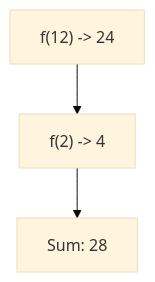
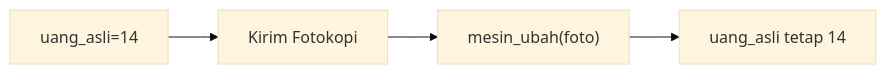
One commit to amnahwaida/OSNK_INF_PREP changed the fourth of 25 diagrams in part-c-pemahaman-cpp/04-fungsi/latihan/set-08.md. Above: the diagram before and after it, drawn with Mermaid (base theme). The commit also changed other lines of this file and 71 other files, not shown here.

````diff
--- a/part-c-pemahaman-cpp/04-fungsi/latihan/set-08.md
+++ b/part-c-pemahaman-cpp/04-fungsi/latihan/set-08.md
@@ -101,5 +105,6 @@
 ```mermaid
-graph TD
-A["f(12) -> 24"] --> B["f(2) -> 4"]
-B --> C["Sum: 28"]
+graph LR
+A["uang_asli=14"] --> B["Kirim Fotokopi"]
+B --> C["mesin_ubah(foto)"]
+C --> D["uang_asli tetap 14"]
 ```
````
